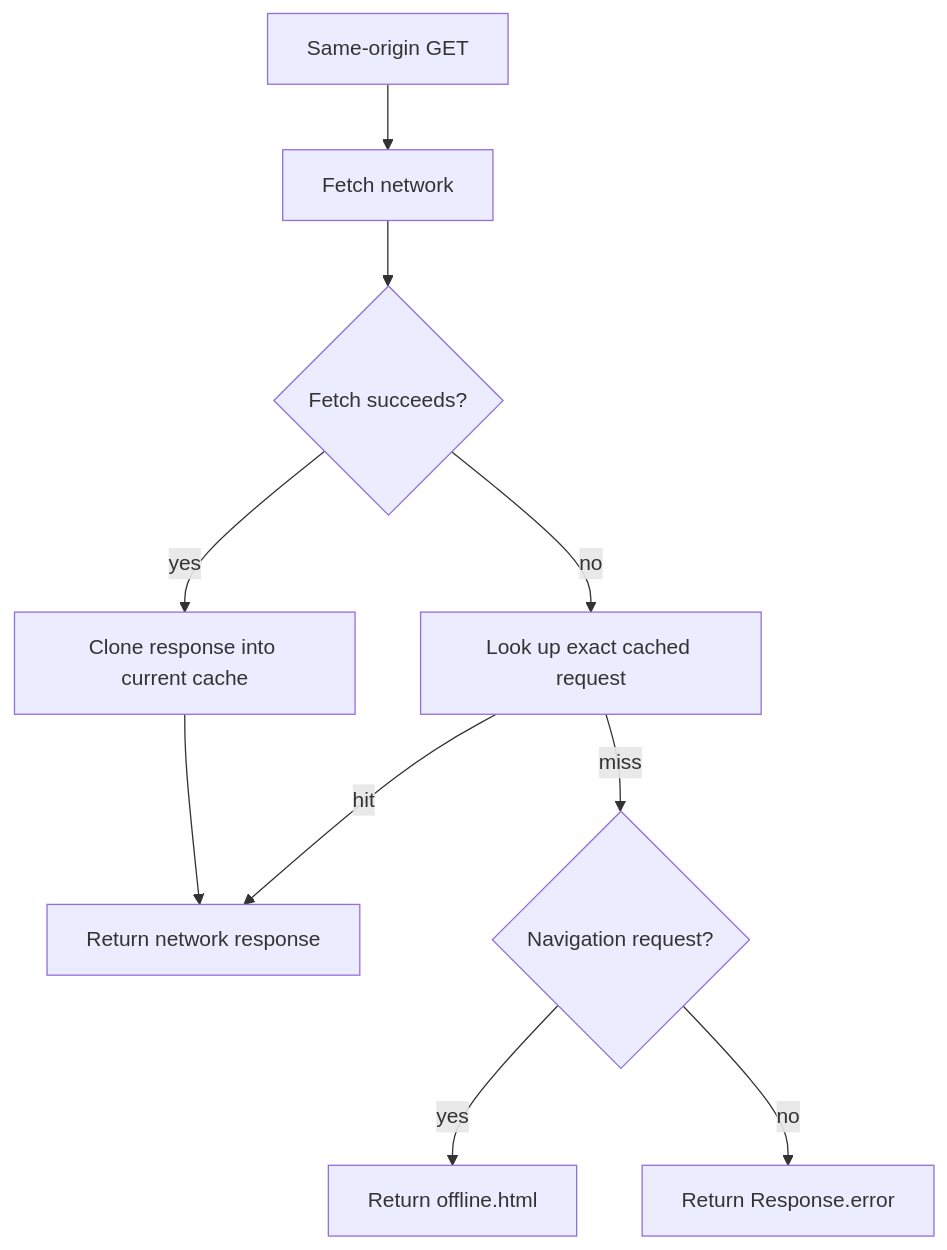
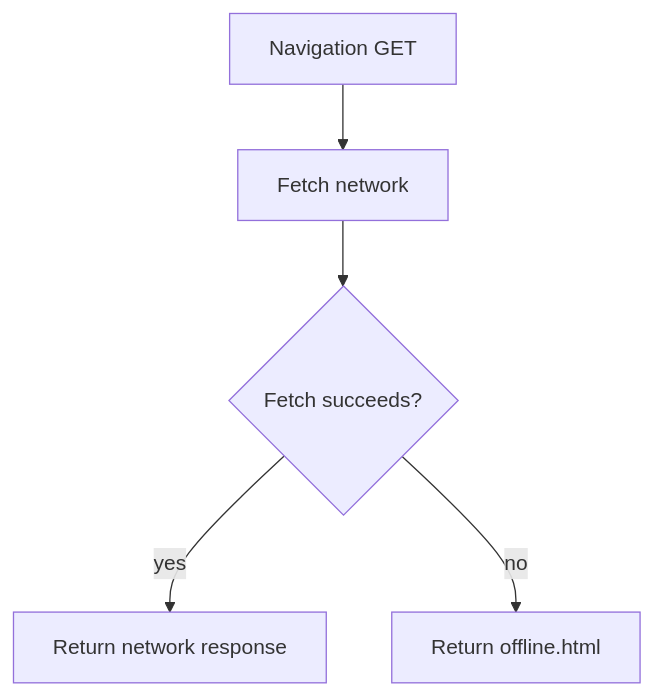
Before and after one commit to ercanyetis/belgelab: the fourth of 5 diagrams in docs/architecture.md, drawn with Mermaid. The commit also changed other lines of this file and 6 other files, not shown here.

````diff
--- a/docs/architecture.md
+++ b/docs/architecture.md
@@ -285,20 +285,12 @@
 ```mermaid
 flowchart TD
-    GET[Same-origin GET]
+    GET[Navigation GET]
     NET[Fetch network]
     OK{Fetch succeeds?}
-    UPDATE[Clone response into current cache]
     RETURN[Return network response]
-    CACHE[Look up exact cached request]
-    NAV{Navigation request?}
     OFFLINE[Return offline.html]
-    ERROR[Return Response.error]
 
     GET --> NET --> OK
-    OK -->|yes| UPDATE --> RETURN
-    OK -->|no| CACHE
-    CACHE -->|hit| RETURN
-    CACHE -->|miss| NAV
-    NAV -->|yes| OFFLINE
-    NAV -->|no| ERROR
+    OK -->|yes| RETURN
+    OK -->|no| OFFLINE
 ```
````
